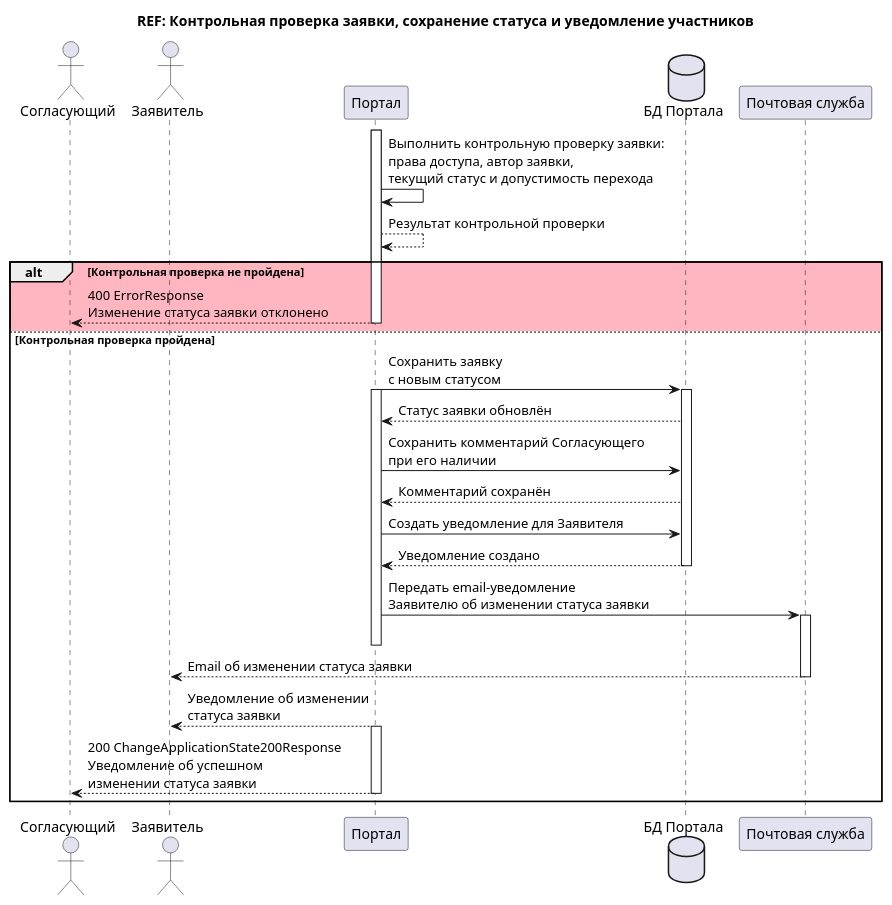
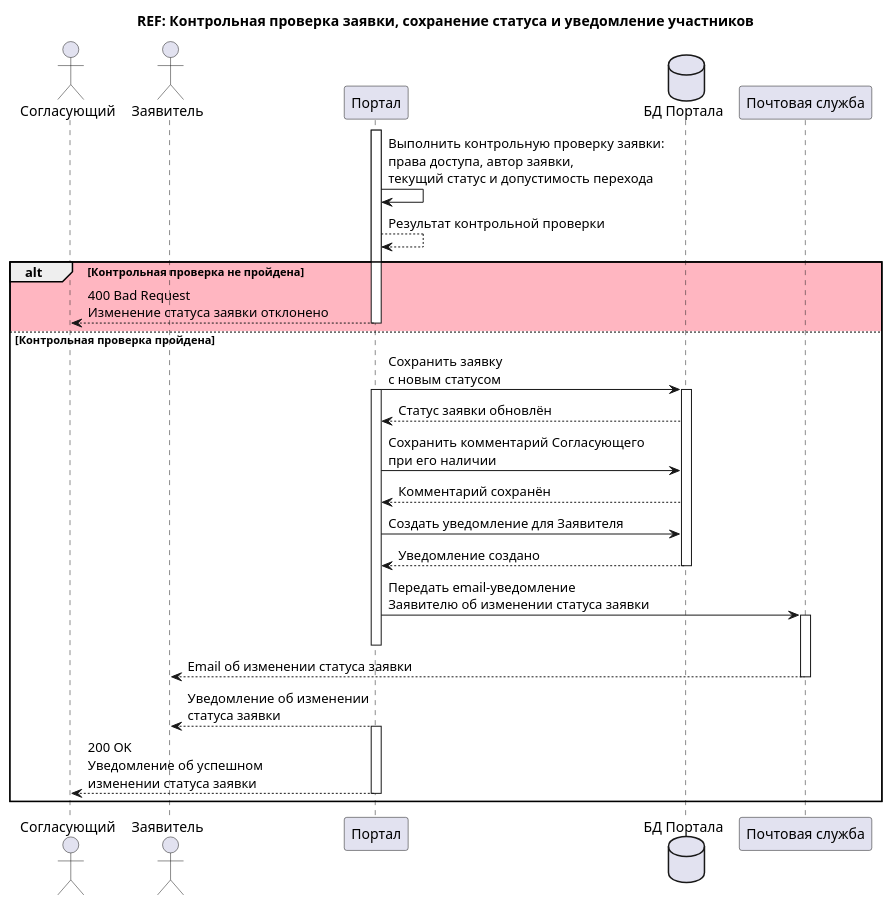
One commit to TrofimovMax/Information-Security-System changed the diagram in source/sequence/ref_update_status_and_notify.plantuml. Above: the diagram before and after it, drawn with PlantUML. The commit also changed 3 other files, not shown here.

```diff
--- a/source/sequence/ref_update_status_and_notify.plantuml
+++ b/source/sequence/ref_update_status_and_notify.plantuml
@@ -1,40 +1,40 @@
 @startuml REF_UpdateStatusAndNotify
 title REF: Контрольная проверка заявки, сохранение статуса и уведомление участников
 
 actor "Согласующий" as Approver
 actor "Заявитель" as Requester
 participant "Портал" as Portal
 database "БД Портала" as DB
 participant "Почтовая служба" as Mail
 
 activate Portal
 Portal -> Portal: Выполнить контрольную проверку заявки:\nправа доступа, автор заявки,\nтекущий статус и допустимость перехода
 Portal --> Portal: Результат контрольной проверки
 
 alt #LightPink Контрольная проверка не пройдена
-    Portal --> Approver: 400 ErrorResponse\nИзменение статуса заявки отклонено
+    Portal --> Approver: 400 Bad Request\nИзменение статуса заявки отклонено
     deactivate Portal
 else #White Контрольная проверка пройдена
     Portal -> DB: Сохранить заявку\nс новым статусом
     activate Portal
     activate DB
     DB --> Portal: Статус заявки обновлён
     Portal -> DB: Сохранить комментарий Согласующего\nпри его наличии
     DB --> Portal: Комментарий сохранён
     Portal -> DB: Создать уведомление для Заявителя
     DB --> Portal: Уведомление создано
     deactivate DB
 
     Portal -> Mail: Передать email-уведомление\nЗаявителю об изменении статуса заявки
     activate Mail
     deactivate Portal
     Mail --> Requester: Email об изменении статуса заявки
     deactivate Mail
 
     Portal --> Requester: Уведомление об изменении\nстатуса заявки
     activate Portal
-    Portal --> Approver: 200 ChangeApplicationState200Response\nУведомление об успешном\nизменении статуса заявки
+    Portal --> Approver: 200 OK\nУведомление об успешном\nизменении статуса заявки
     deactivate Portal
 end
 
 @enduml
```
